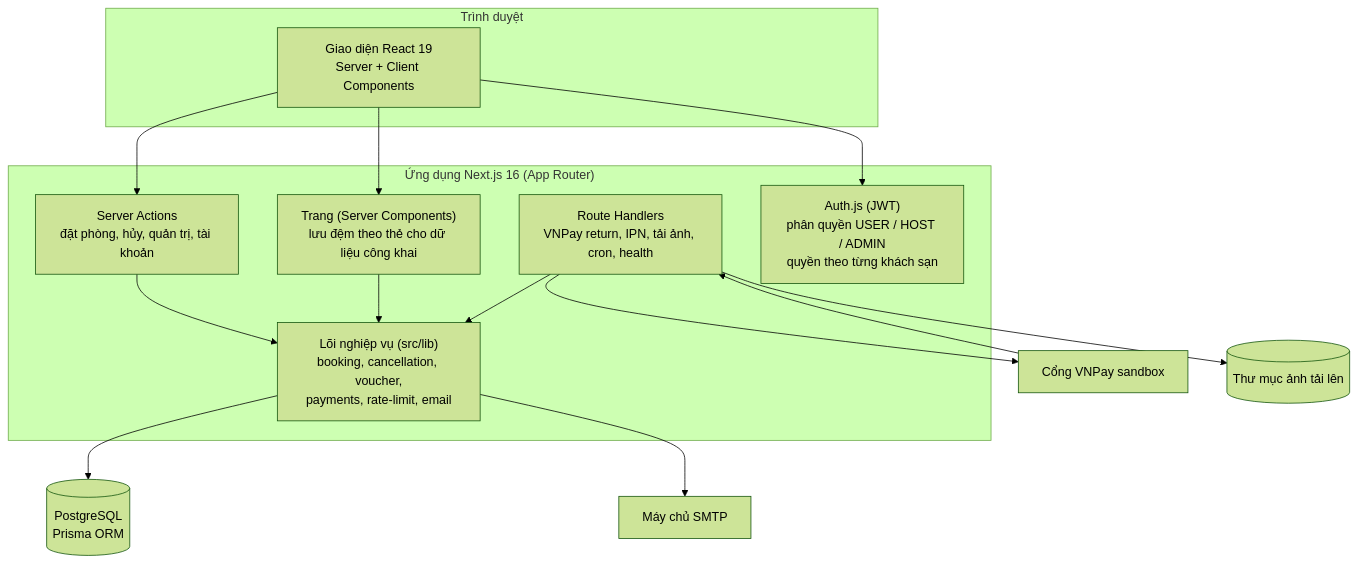
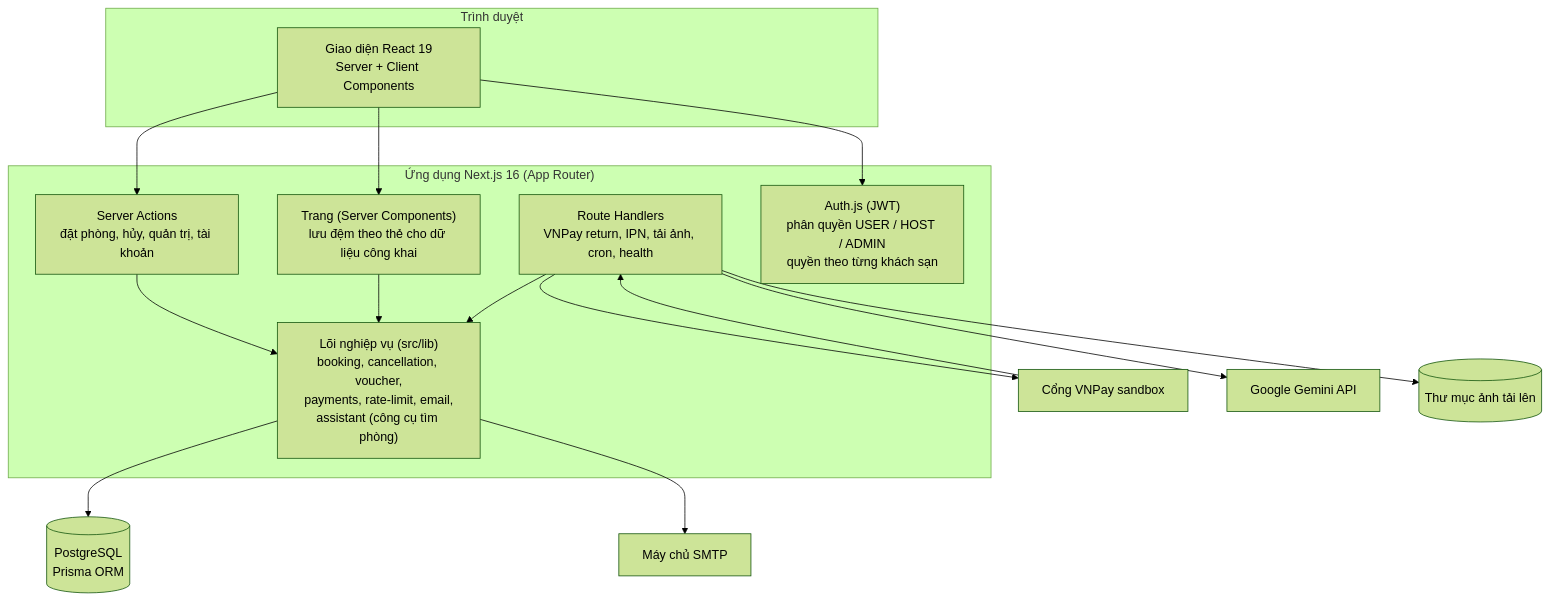
Diagram 11 of 11 in docs/SO_DO_BAO_CAO.md (ongtrumphuong/TTTN_Booking_Hotel), drawn with Mermaid (forest theme) before and after one commit. The commit also changed other lines of this file and 29 other files, not shown here.

Commit message:
Add AI booking assistant (Gemini): room search tool, signed proposals, confirm page, chat widget, highlights data

````diff
--- a/docs/SO_DO_BAO_CAO.md
+++ b/docs/SO_DO_BAO_CAO.md
@@ -469,31 +514,33 @@
 ```mermaid
 flowchart TB
   subgraph Client ["Trình duyệt"]
     UI["Giao diện React 19<br/>Server + Client Components"]
   end
 
   subgraph App ["Ứng dụng Next.js 16 (App Router)"]
     P["Trang (Server Components)<br/>lưu đệm theo thẻ cho dữ liệu công khai"]
     SA["Server Actions<br/>đặt phòng, hủy, quản trị, tài khoản"]
     API["Route Handlers<br/>VNPay return, IPN, tải ảnh, cron, health"]
-    L["Lõi nghiệp vụ (src/lib)<br/>booking, cancellation, voucher,<br/>payments, rate-limit, email"]
+    L["Lõi nghiệp vụ (src/lib)<br/>booking, cancellation, voucher,<br/>payments, rate-limit, email,<br/>assistant (công cụ tìm phòng)"]
     AU["Auth.js (JWT)<br/>phân quyền USER / HOST / ADMIN<br/>quyền theo từng khách sạn"]
   end
 
   DB[("PostgreSQL<br/>Prisma ORM")]
   VN["Cổng VNPay sandbox"]
   SM["Máy chủ SMTP"]
+  GM["Google Gemini API"]
   FS[("Thư mục ảnh tải lên")]
 
   UI --> P
   UI --> SA
   SA --> L
   P --> L
   API --> L
   UI --> AU
   L --> DB
   API --> VN
   VN --> API
+  API --> GM
   L --> SM
   API --> FS
 ```
````
